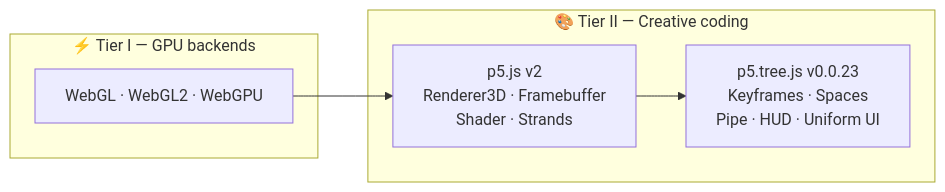
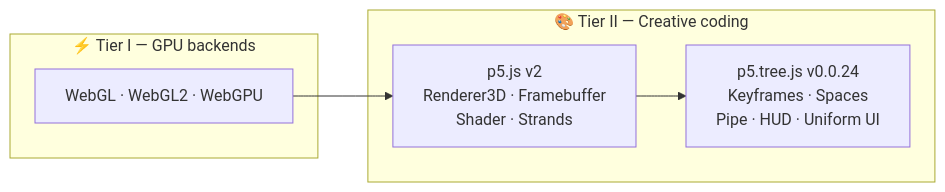
One commit to ABJ-d/tree changed the fourth of 8 diagrams in slides.md. Above: the diagram before and after it, drawn with Mermaid. The commit also changed other lines of this file and 3 other files, not shown here.

````diff
--- a/slides.md
+++ b/slides.md
@@ -121,17 +121,17 @@
 ```mermaid
 flowchart LR
   subgraph T1["⚡ Tier I — GPU backends"]
     A["WebGL · WebGL2 · WebGPU"]
   end
 
   subgraph T2["🎨 Tier II — Creative coding"]
     B["p5.js v2
     Renderer3D · Framebuffer
     Shader · Strands"]
-    C["p5.tree.js v0.0.23
+    C["p5.tree.js v0.0.24
     Keyframes · Spaces
     Pipe · HUD · Uniform UI"]
   end
 
   A --> B --> C
 ```
````
